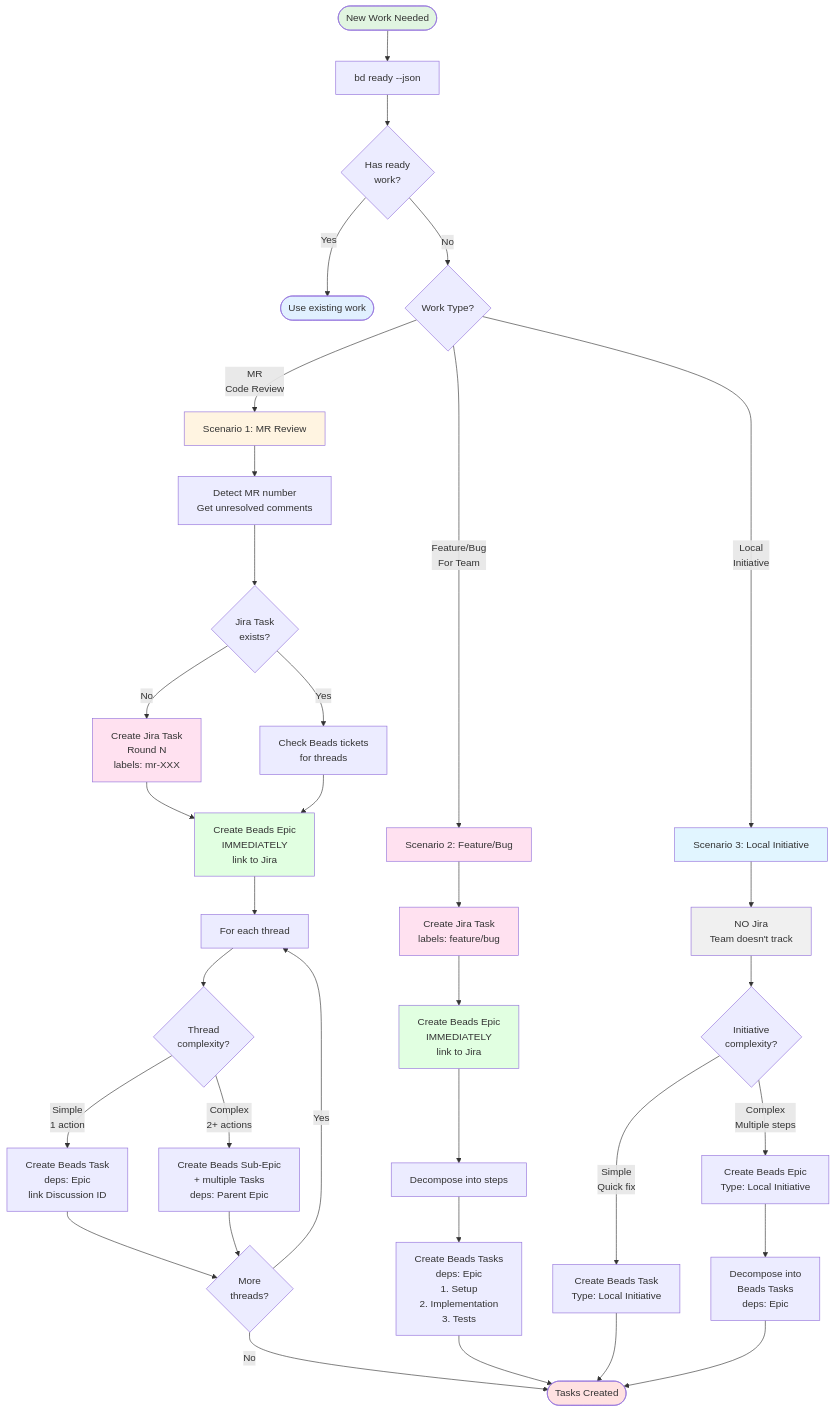
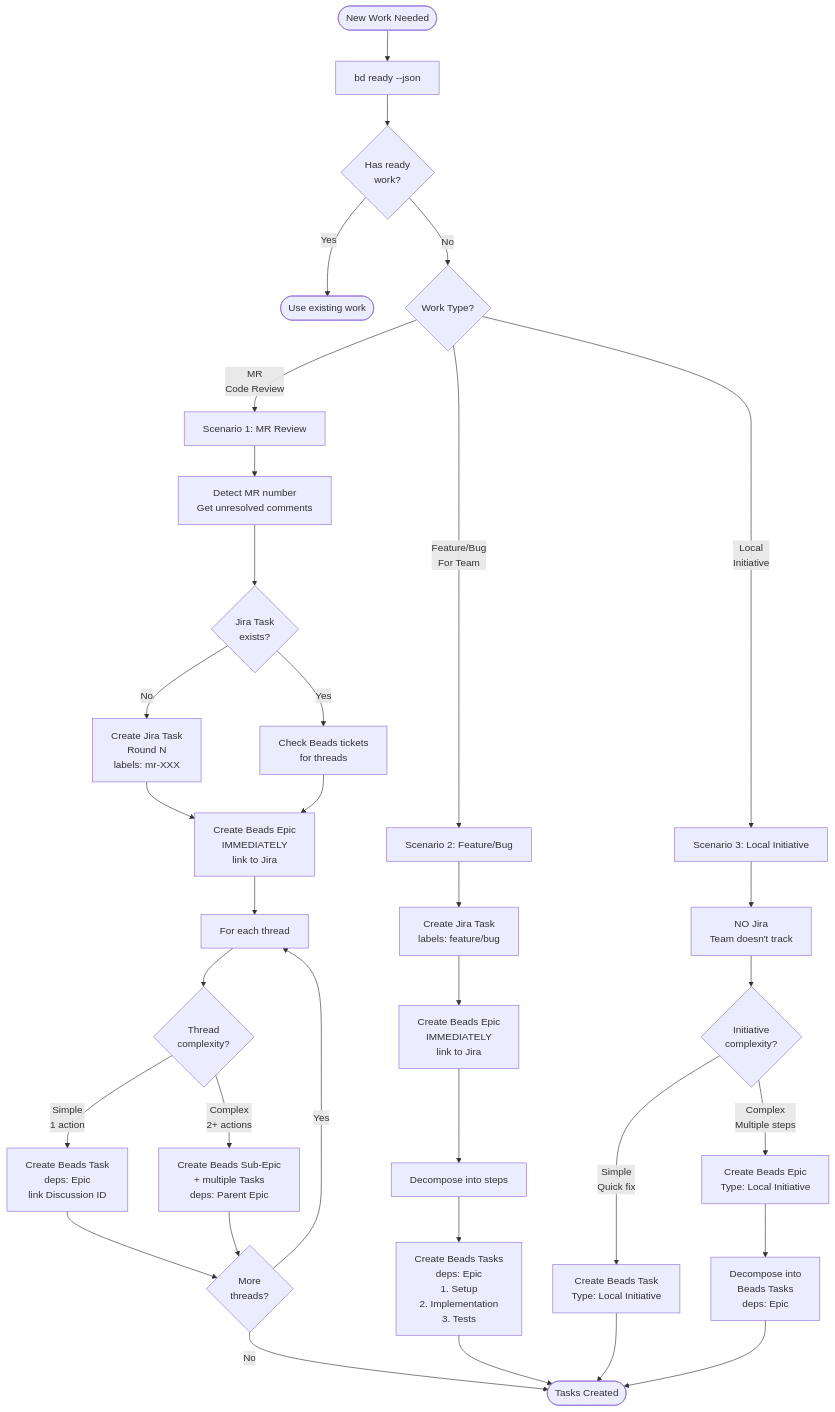
The diagram in content/commands/session/create-tasks.md (sovavibe/shared-ai-configs), drawn with Mermaid before and after one commit. The commit also changed other lines of this file and 40 other files, not shown here.

````diff
--- a/content/commands/session/create-tasks.md
+++ b/content/commands/session/create-tasks.md
@@ -11,68 +11,56 @@
 ```mermaid
 flowchart TD
     Start([New Work Needed]) --> CheckReady[bd ready --json]
     CheckReady --> HasWork{Has ready<br/>work?}
 
     HasWork -->|Yes| UseExisting([Use existing work])
     HasWork -->|No| WorkType{Work Type?}
 
     WorkType -->|MR<br/>Code Review| MR_Path
     WorkType -->|Feature/Bug<br/>For Team| Feature_Path
     WorkType -->|Local<br/>Initiative| Local_Path
 
     %% MR Path
     MR_Path[Scenario 1: MR Review]
     MR_Path --> MR_Detect[Detect MR number<br/>Get unresolved comments]
     MR_Detect --> MR_CheckJira{Jira Task<br/>exists?}
 
     MR_CheckJira -->|Yes| MR_CheckBeads[Check Beads tickets<br/>for threads]
     MR_CheckJira -->|No| MR_CreateJira[Create Jira Task<br/>Round N<br/>labels: mr-XXX]
 
     MR_CreateJira --> MR_CreateEpic[Create Beads Epic<br/>IMMEDIATELY<br/>link to Jira]
     MR_CheckBeads --> MR_CreateEpic
 
     MR_CreateEpic --> MR_ForEachThread[For each thread]
     MR_ForEachThread --> MR_ThreadType{Thread<br/>complexity?}
 
     MR_ThreadType -->|Simple<br/>1 action| MR_Task[Create Beads Task<br/>deps: Epic<br/>link Discussion ID]
     MR_ThreadType -->|Complex<br/>2+ actions| MR_SubEpic[Create Beads Sub-Epic<br/>+ multiple Tasks<br/>deps: Parent Epic]
 
     MR_Task --> MR_MoreThreads{More<br/>threads?}
     MR_SubEpic --> MR_MoreThreads
     MR_MoreThreads -->|Yes| MR_ForEachThread
     MR_MoreThreads -->|No| Done
 
     %% Feature/Bug Path
     Feature_Path[Scenario 2: Feature/Bug]
     Feature_Path --> Feature_CreateJira[Create Jira Task<br/>labels: feature/bug]
     Feature_CreateJira --> Feature_CreateEpic[Create Beads Epic<br/>IMMEDIATELY<br/>link to Jira]
     Feature_CreateEpic --> Feature_Decompose[Decompose into steps]
     Feature_Decompose --> Feature_CreateTasks[Create Beads Tasks<br/>deps: Epic<br/>1. Setup<br/>2. Implementation<br/>3. Tests]
     Feature_CreateTasks --> Done
 
     %% Local Initiative Path
     Local_Path[Scenario 3: Local Initiative]
     Local_Path --> Local_NoJira[NO Jira<br/>Team doesn't track]
     Local_NoJira --> Local_Complexity{Initiative<br/>complexity?}
 
     Local_Complexity -->|Simple<br/>Quick fix| Local_Task[Create Beads Task<br/>Type: Local Initiative]
     Local_Complexity -->|Complex<br/>Multiple steps| Local_Epic[Create Beads Epic<br/>Type: Local Initiative]
 
     Local_Task --> Done
     Local_Epic --> Local_Decompose[Decompose into<br/>Beads Tasks<br/>deps: Epic]
     Local_Decompose --> Done
 
     Done([Tasks Created])
-
-    style Start fill:#e1f5e1
-    style Done fill:#ffe1e1
-    style UseExisting fill:#e1f0ff
-    style MR_Path fill:#fff4e1
-    style Feature_Path fill:#ffe1f0
-    style Local_Path fill:#e1f5ff
-    style MR_CreateJira fill:#ffe1f0
-    style MR_CreateEpic fill:#e1ffe1
-    style Feature_CreateJira fill:#ffe1f0
-    style Feature_CreateEpic fill:#e1ffe1
-    style Local_NoJira fill:#f0f0f0
 ```
````
